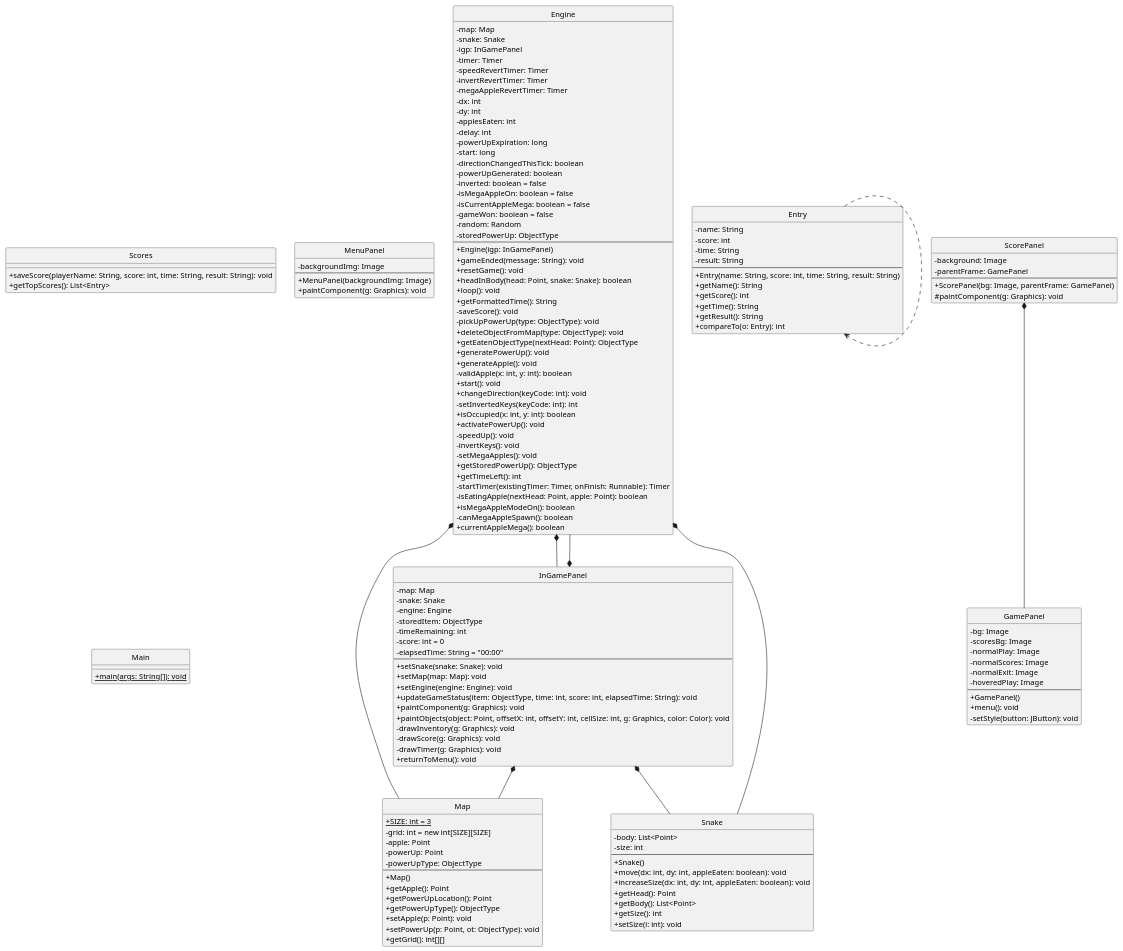
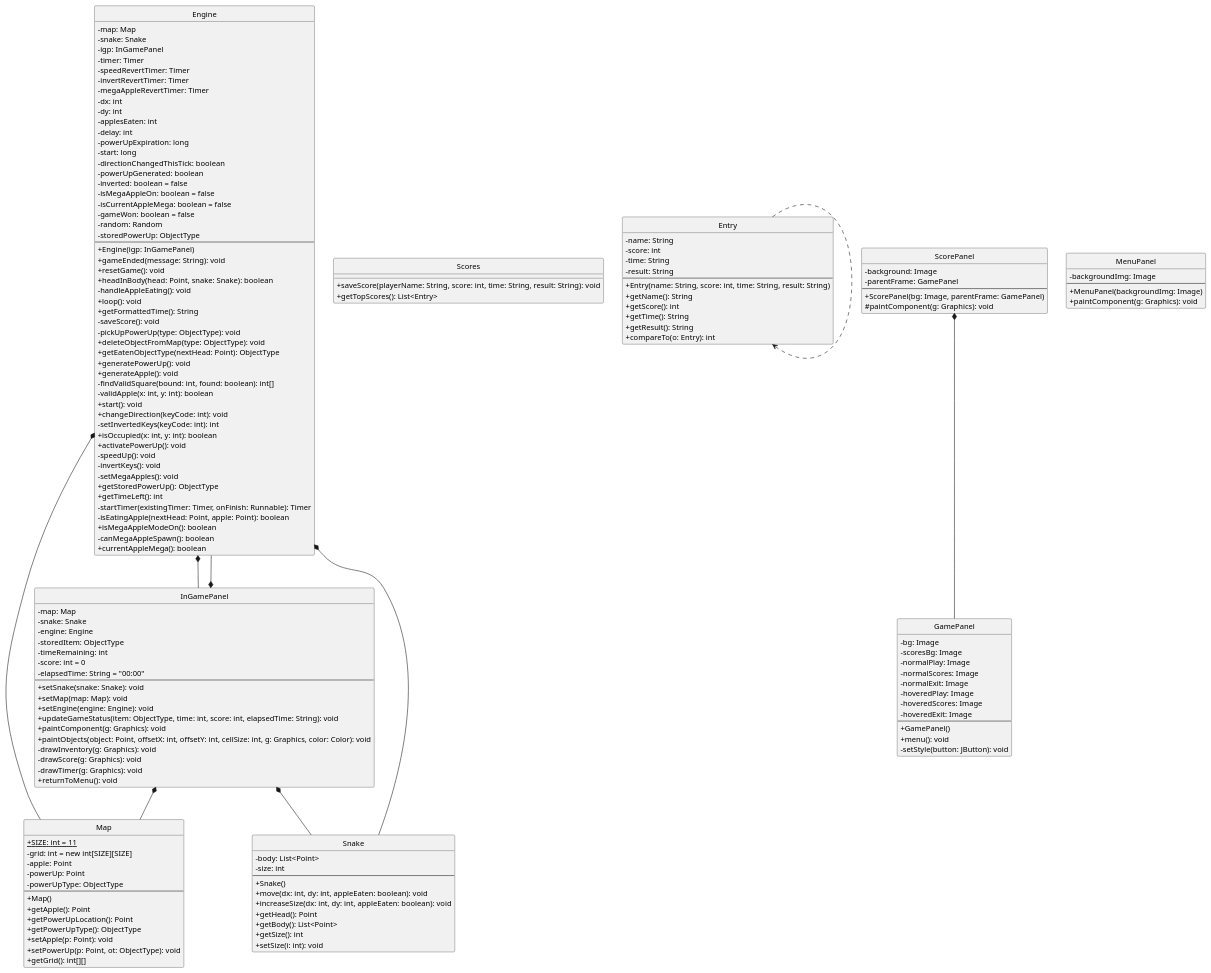
Before and after one commit to turcsanisti/Snake-game: the diagram in output/src.puml, drawn with PlantUML. The commit also changed other lines of this file and 22 other files, not shown here.

```diff
--- a/output/src.puml
+++ b/output/src.puml
@@ -6,167 +6,167 @@
 @startuml
 skinparam classAttributeIconSize 0
 hide circle
 
 class Engine {
   -map: Map
   -snake: Snake
   -igp: InGamePanel
   -timer: Timer
   -speedRevertTimer: Timer
   -invertRevertTimer: Timer
   -megaAppleRevertTimer: Timer
   -dx: int
   -dy: int
   -applesEaten: int
   -delay: int
   -powerUpExpiration: long
   -start: long
   -directionChangedThisTick: boolean
   -powerUpGenerated: boolean
   -inverted: boolean = false
   -isMegaAppleOn: boolean = false
   -isCurrentAppleMega: boolean = false
   -gameWon: boolean = false
   -random: Random
   -storedPowerUp: ObjectType
   --
   +Engine(igp: InGamePanel)
   +gameEnded(message: String): void
   +resetGame(): void
   +headInBody(head: Point, snake: Snake): boolean
+  -handleAppleEating(): void
   +loop(): void
   +getFormattedTime(): String
   -saveScore(): void
   -pickUpPowerUp(type: ObjectType): void
   +deleteObjectFromMap(type: ObjectType): void
   +getEatenObjectType(nextHead: Point): ObjectType
   +generatePowerUp(): void
   +generateApple(): void
+  -findValidSquare(bound: int, found: boolean): int[]
   -validApple(x: int, y: int): boolean
   +start(): void
   +changeDirection(keyCode: int): void
   -setInvertedKeys(keyCode: int): int
   +isOccupied(x: int, y: int): boolean
   +activatePowerUp(): void
   -speedUp(): void
   -invertKeys(): void
   -setMegaApples(): void
   +getStoredPowerUp(): ObjectType
   +getTimeLeft(): int
   -startTimer(existingTimer: Timer, onFinish: Runnable): Timer
   -isEatingApple(nextHead: Point, apple: Point): boolean
   +isMegaAppleModeOn(): boolean
   -canMegaAppleSpawn(): boolean
   +currentAppleMega(): boolean
 }
 
 class Map {
-  +{static} SIZE: int = 3
+  +{static} SIZE: int = 11
   -grid: int = new int[SIZE][SIZE]
   -apple: Point
   -powerUp: Point
   -powerUpType: ObjectType
   --
   +Map()
   +getApple(): Point
   +getPowerUpLocation(): Point
   +getPowerUpType(): ObjectType
   +setApple(p: Point): void
   +setPowerUp(p: Point, ot: ObjectType): void
   +getGrid(): int[][]
 }
 
 class Scores {
   +saveScore(playerName: String, score: int, time: String, result: String): void
   +getTopScores(): List<Entry>
 }
 
 class Entry {
   -name: String
   -score: int
   -time: String
   -result: String
   --
   +Entry(name: String, score: int, time: String, result: String)
   +getName(): String
   +getScore(): int
   +getTime(): String
   +getResult(): String
   +compareTo(o: Entry): int
 }
 
 class Snake {
   -body: List<Point>
   -size: int
   --
   +Snake()
   +move(dx: int, dy: int, appleEaten: boolean): void
   +increaseSize(dx: int, dy: int, appleEaten: boolean): void
   +getHead(): Point
   +getBody(): List<Point>
   +getSize(): int
   +setSize(i: int): void
 }
 
 class GamePanel {
   -bg: Image
   -scoresBg: Image
   -normalPlay: Image
   -normalScores: Image
   -normalExit: Image
   -hoveredPlay: Image
+  -hoveredScores: Image
+  -hoveredExit: Image
   --
   +GamePanel()
   +menu(): void
   -setStyle(button: JButton): void
 }
 
 class MenuPanel {
   -backgroundImg: Image
   --
   +MenuPanel(backgroundImg: Image)
   +paintComponent(g: Graphics): void
 }
 
 class InGamePanel {
   -map: Map
   -snake: Snake
   -engine: Engine
   -storedItem: ObjectType
   -timeRemaining: int
   -score: int = 0
   -elapsedTime: String = "00:00"
   --
   +setSnake(snake: Snake): void
   +setMap(map: Map): void
   +setEngine(engine: Engine): void
   +updateGameStatus(item: ObjectType, time: int, score: int, elapsedTime: String): void
   +paintComponent(g: Graphics): void
   +paintObjects(object: Point, offsetX: int, offsetY: int, cellSize: int, g: Graphics, color: Color): void
   -drawInventory(g: Graphics): void
   -drawScore(g: Graphics): void
   -drawTimer(g: Graphics): void
   +returnToMenu(): void
 }
 
 class ScorePanel {
   -background: Image
   -parentFrame: GamePanel
   --
   +ScorePanel(bg: Image, parentFrame: GamePanel)
   #paintComponent(g: Graphics): void
 }
 
-class Main {
-  +{static} main(args: String[]): void
-}
-
 Engine *-- Map
 Engine *-- Snake
 Engine *-- InGamePanel
 Entry ..> Entry
 InGamePanel *-- Map
 InGamePanel *-- Snake
 InGamePanel *-- Engine
 ScorePanel *-- GamePanel
 @enduml
```
